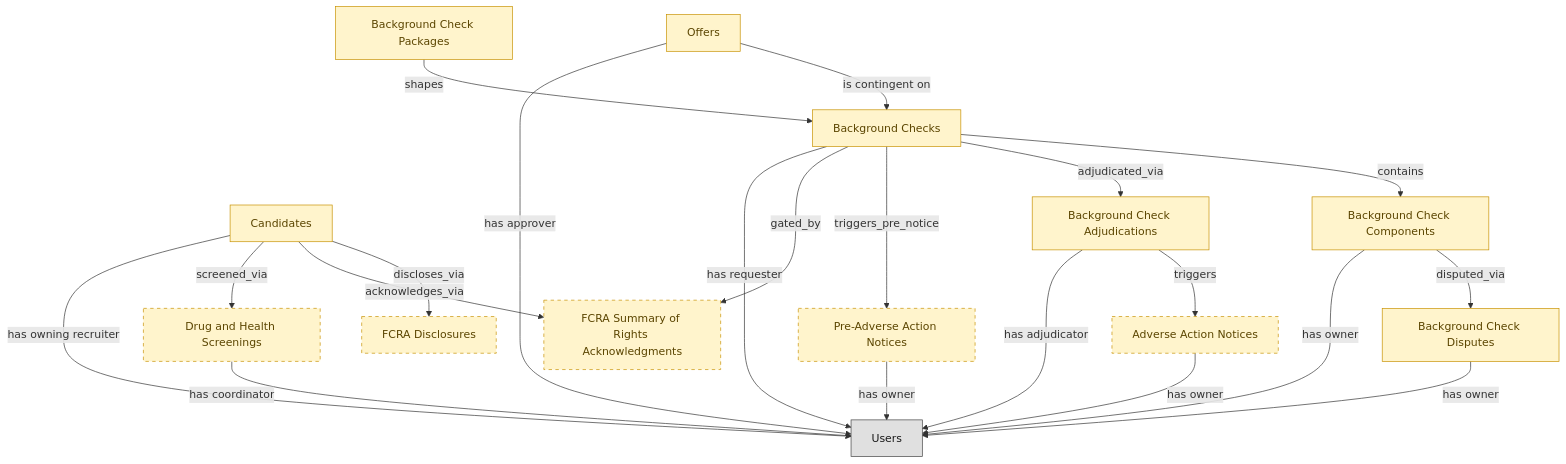
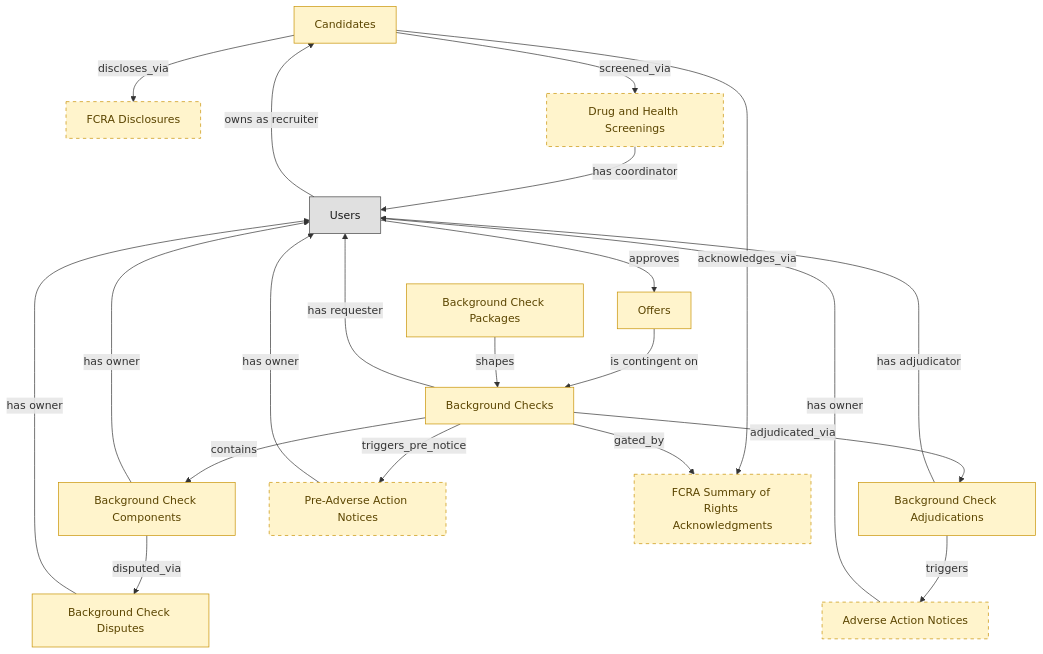
One commit to IntranetFactory/domain-map changed the diagram in catalog/blueprints/ats-background-checks-semantic-blueprint.md. Above: the diagram before and after it, drawn with Mermaid. The commit also changed other lines of this file and 51 other files, not shown here.

````diff
--- a/catalog/blueprints/ats-background-checks-semantic-blueprint.md
+++ b/catalog/blueprints/ats-background-checks-semantic-blueprint.md
@@ -44,56 +44,56 @@
 ```mermaid
 flowchart TD
   classDef embedded_master fill:#fff4cc,stroke:#c79100,color:#5b4500;
   classDef platform_builtin fill:#e0e0e0,stroke:#424242,color:#1a1a1a;
   candidates["Candidates"]
   job_offers["Offers"]
   background_checks["Background Checks"]
   background_check_packages["Background Check Packages"]
   background_check_components["Background Check Components"]
   fcra_disclosures["FCRA Disclosures"]
   background_check_adjudications["Background Check Adjudications"]
   adverse_action_notices["Adverse Action Notices"]
   background_check_disputes["Background Check Disputes"]
   pre_adverse_action_notices["Pre-Adverse Action Notices"]
   fcra_summary_of_rights_acknowledgements["FCRA Summary of Rights Acknowledgments"]
   drug_health_screenings["Drug and Health Screenings"]
   users["Users"]
   job_offers -->|"is contingent on"| background_checks
   background_checks -->|"contains"| background_check_components
   background_check_packages -->|"shapes"| background_checks
   candidates -->|"discloses_via"| fcra_disclosures
   background_checks -->|"adjudicated_via"| background_check_adjudications
   background_check_adjudications -->|"triggers"| adverse_action_notices
   background_check_components -->|"disputed_via"| background_check_disputes
   candidates -->|"acknowledges_via"| fcra_summary_of_rights_acknowledgements
   background_checks -->|"triggers_pre_notice"| pre_adverse_action_notices
   background_checks -->|"gated_by"| fcra_summary_of_rights_acknowledgements
   candidates -->|"screened_via"| drug_health_screenings
-  job_offers -->|"has approver"| users
-  candidates -->|"has owning recruiter"| users
+  users -->|"approves"| job_offers
+  users -->|"owns as recruiter"| candidates
   background_checks -->|"has requester"| users
   background_check_components -->|"has owner"| users
   background_check_adjudications -->|"has adjudicator"| users
   adverse_action_notices -->|"has owner"| users
   background_check_disputes -->|"has owner"| users
   pre_adverse_action_notices -->|"has owner"| users
   drug_health_screenings -->|"has coordinator"| users
   class candidates embedded_master;
   class job_offers embedded_master;
   class background_checks embedded_master;
   class background_check_packages embedded_master;
   class background_check_components embedded_master;
   class fcra_disclosures embedded_master;
   class background_check_adjudications embedded_master;
   class adverse_action_notices embedded_master;
   class background_check_disputes embedded_master;
   class pre_adverse_action_notices embedded_master;
   class fcra_summary_of_rights_acknowledgements embedded_master;
   class drug_health_screenings embedded_master;
   class users platform_builtin;
   style fcra_disclosures stroke-dasharray:5 5;
   style adverse_action_notices stroke-dasharray:5 5;
   style pre_adverse_action_notices stroke-dasharray:5 5;
   style fcra_summary_of_rights_acknowledgements stroke-dasharray:5 5;
   style drug_health_screenings stroke-dasharray:5 5;
 ```
````
